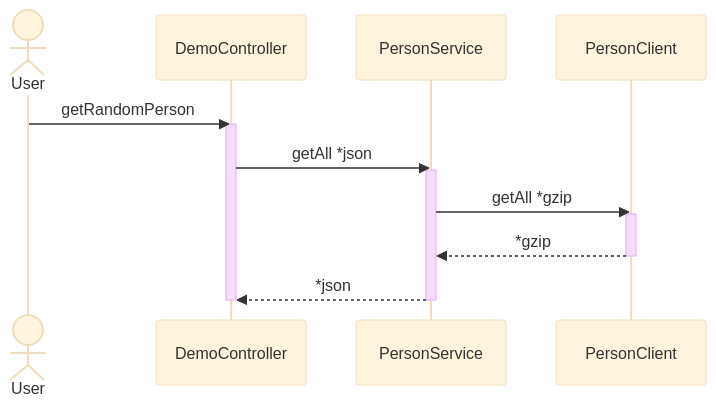
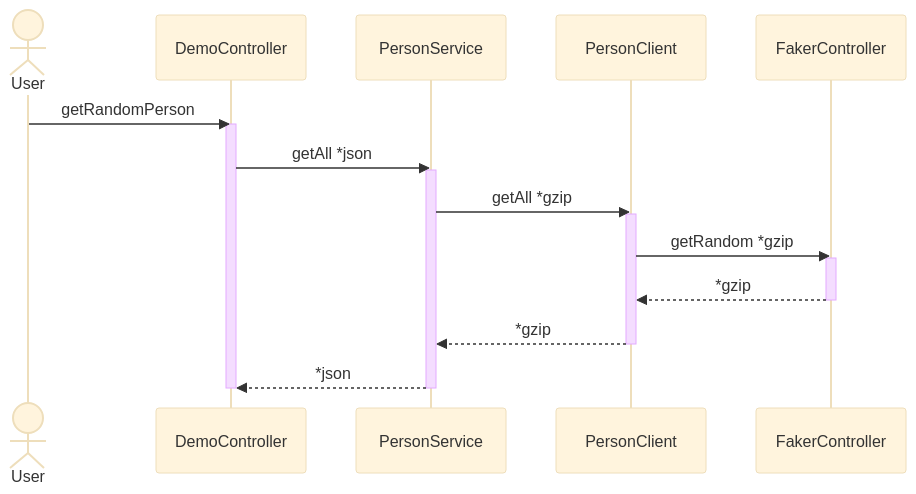
One commit to humbertodias/feign-client-compression changed the diagram in README.md. Above: the diagram before and after it, drawn with Mermaid (base theme).

````diff
--- a/README.md
+++ b/README.md
@@ -5,15 +5,19 @@
 ```mermaid
 sequenceDiagram
 actor User
 User ->> DemoController : getRandomPerson
 activate DemoController
 DemoController ->> PersonService : getAll *json
 activate PersonService
 PersonService ->> PersonClient : getAll *gzip
 activate PersonClient
+PersonClient ->> FakerController : getRandom *gzip
+activate FakerController
+FakerController -->> PersonClient : #32; *gzip
+deactivate FakerController
 PersonClient -->> PersonService : #32; *gzip
 deactivate PersonClient
 PersonService -->> DemoController : #32; *json
 deactivate PersonService
 deactivate DemoController
 ```
````
